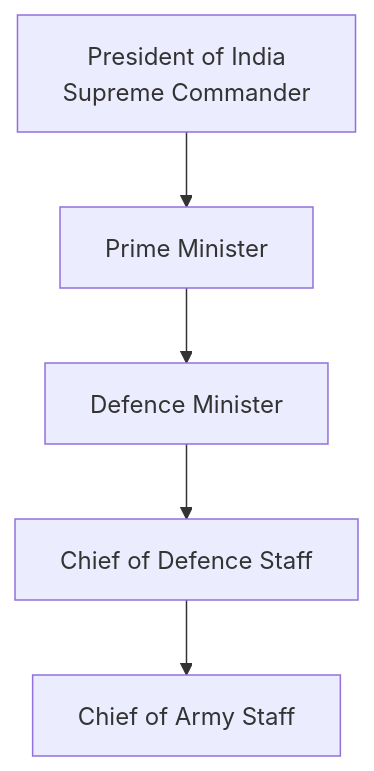
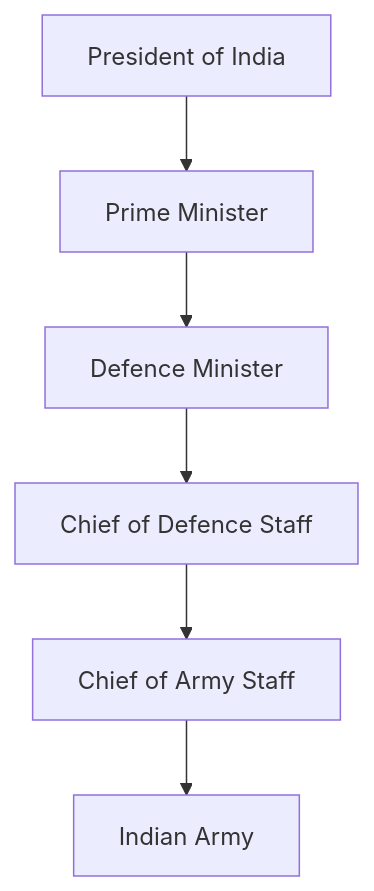
Before and after one commit to abhijitxroy/india: the first of 3 diagrams in 24-defence-and-national-security/armed-forces/indian-army.md, drawn with Mermaid. The commit also changed other lines of this file and 113 other files, not shown here.

````diff
--- a/24-defence-and-national-security/armed-forces/indian-army.md
+++ b/24-defence-and-national-security/armed-forces/indian-army.md
@@ -28,13 +28,9 @@
 ```mermaid
 flowchart TD
-    President["President of India\nSupreme Commander"]
-    PM["Prime Minister"]
-    RM["Defence Minister"]
-    CDS["Chief of Defence Staff"]
-    COAS["Chief of Army Staff"]
-
-    President --> PM
-    PM --> RM
-    RM --> CDS
-    CDS --> COAS
+    A[President of India]
+    A --> B[Prime Minister]
+    B --> C[Defence Minister]
+    C --> D[Chief of Defence Staff]
+    D --> E[Chief of Army Staff]
+    E --> F[Indian Army]
 ```
````
